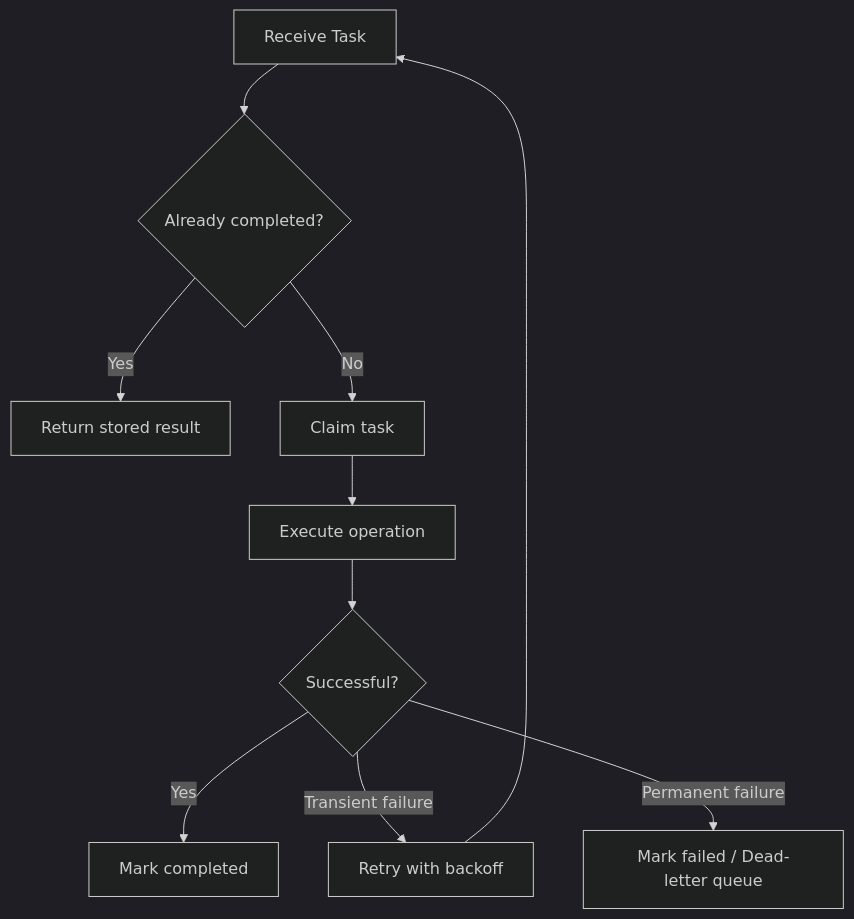
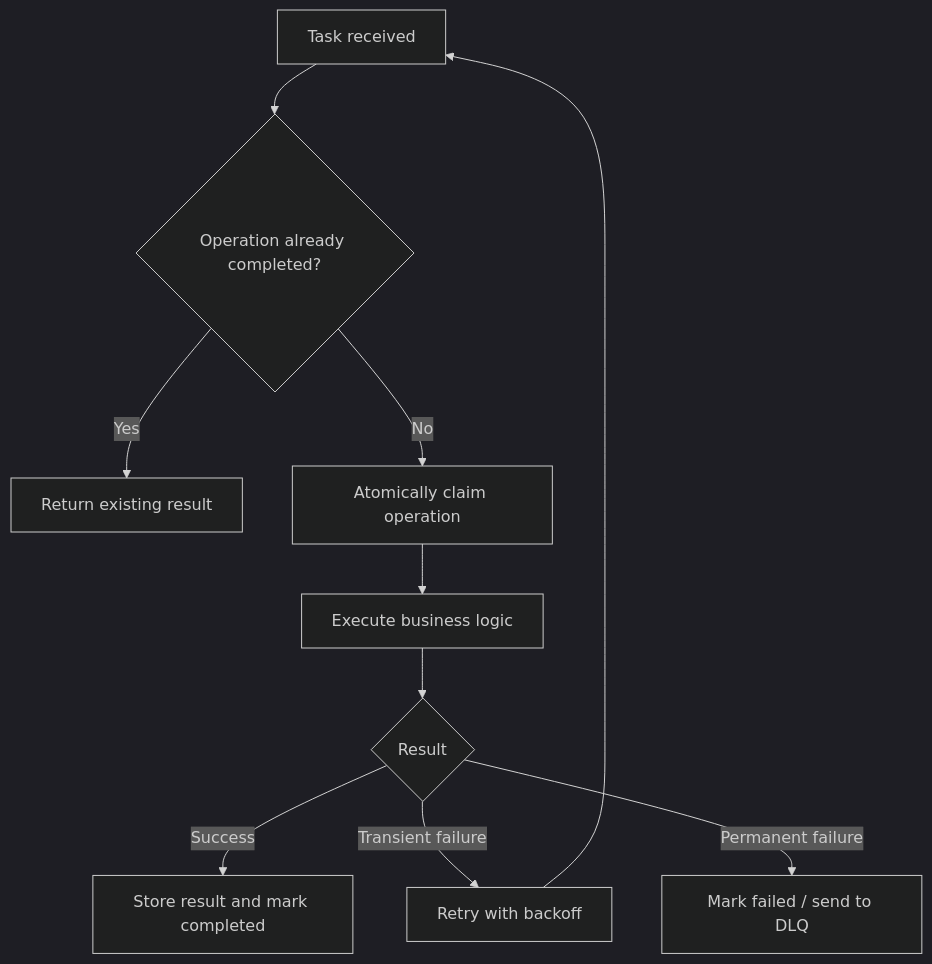
Before and after one commit to AvadhBhalodiya/Interview-Preparation: the first of 4 diagrams in src/content/task-processing/idempotency-background-tasks.md, drawn with Mermaid (dark theme). The commit also changed other lines of this file and 80 other files, not shown here.

````diff
--- a/src/content/task-processing/idempotency-background-tasks.md
+++ b/src/content/task-processing/idempotency-background-tasks.md
@@ -21,12 +30,12 @@
 ```mermaid
 flowchart TD
-    A[Receive Task] --> B{Already completed?}
-    B -- Yes --> C[Return stored result]
-    B -- No --> D[Claim task]
-    D --> E[Execute operation]
-    E --> F{Successful?}
-    F -- Yes --> G[Mark completed]
+    A[Task received] --> B{Operation already completed?}
+    B -- Yes --> C[Return existing result]
+    B -- No --> D[Atomically claim operation]
+    D --> E[Execute business logic]
+    E --> F{Result}
+    F -- Success --> G[Store result and mark completed]
     F -- Transient failure --> H[Retry with backoff]
-    F -- Permanent failure --> I[Mark failed / Dead-letter queue]
+    F -- Permanent failure --> I[Mark failed / send to DLQ]
     H --> A
 ```
````
